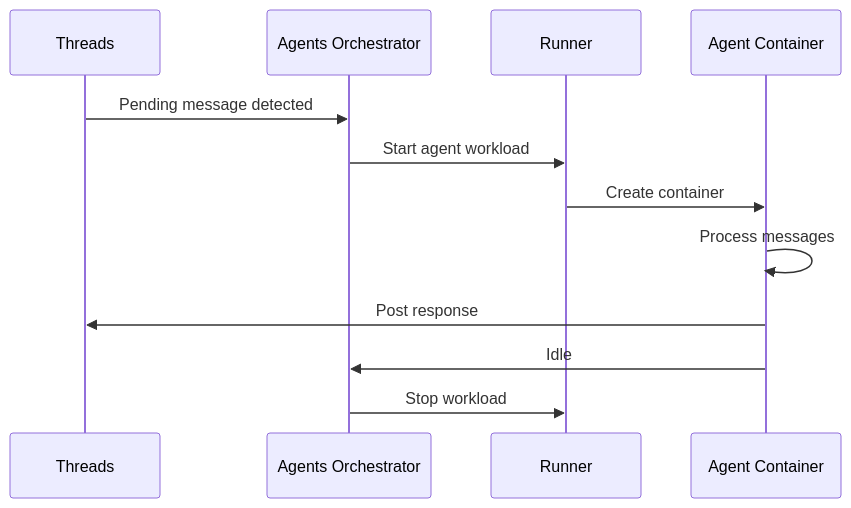
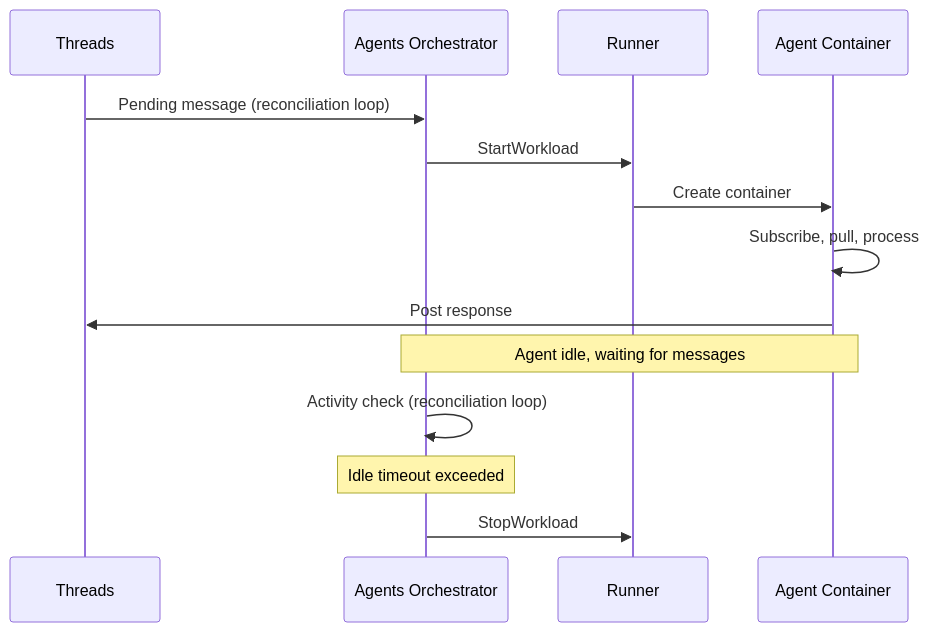
The fourth of 4 diagrams in architecture/agent/overview.md (agynio/architecture), drawn with Mermaid before and after one commit. The commit also changed other lines of this file and 2 other files, not shown here.

First line of the commit message:
Decide agent protocol: pull + notifications

````diff
--- a/architecture/agent/overview.md
+++ b/architecture/agent/overview.md
@@ -83,15 +135,18 @@
 ```mermaid
 sequenceDiagram
     participant T as Threads
     participant O as Agents Orchestrator
     participant R as Runner
     participant A as Agent Container
 
-    T->>O: Pending message detected
-    O->>R: Start agent workload
+    T->>O: Pending message (reconciliation loop)
+    O->>R: StartWorkload
     R->>A: Create container
-    A->>A: Process messages
+    A->>A: Subscribe, pull, process
     A->>T: Post response
-    A->>O: Idle
-    O->>R: Stop workload
+
+    Note over A,O: Agent idle, waiting for messages
+    O->>O: Activity check (reconciliation loop)
+    Note over O: Idle timeout exceeded
+    O->>R: StopWorkload
 ```
````
